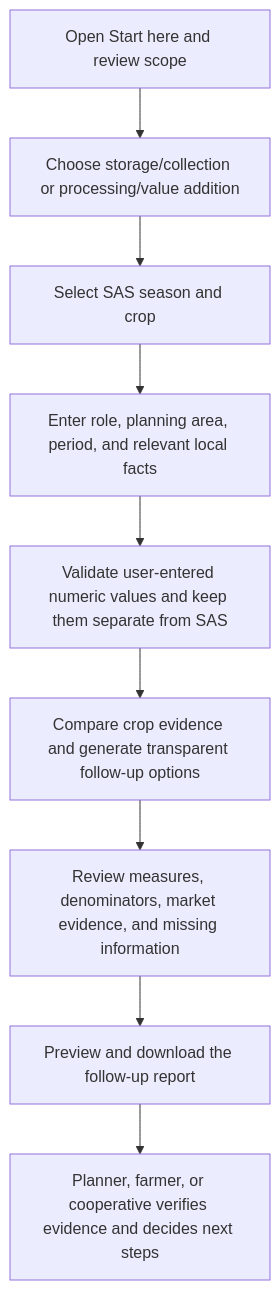
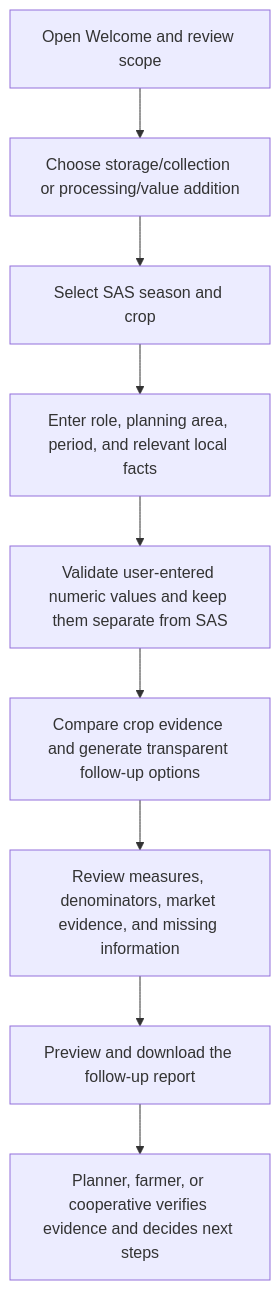
The diagram in docs/user-workflow.md (cracker38/AgriLoss-Value-Intelligence-Rwanda), drawn with Mermaid before and after one commit. The commit also changed other lines of this file and 3 other files, not shown here.

````diff
--- a/docs/user-workflow.md
+++ b/docs/user-workflow.md
@@ -5,11 +5,11 @@
 ```mermaid
 flowchart TD
-    A[Open Start here and review scope] --> B[Choose storage/collection or processing/value addition]
+    A[Open Welcome and review scope] --> B[Choose storage/collection or processing/value addition]
     B --> C[Select SAS season and crop]
     C --> D[Enter role, planning area, period, and relevant local facts]
     D --> E[Validate user-entered numeric values and keep them separate from SAS]
     E --> F[Compare crop evidence and generate transparent follow-up options]
     F --> G[Review measures, denominators, market evidence, and missing information]
     G --> H[Preview and download the follow-up report]
     H --> I[Planner, farmer, or cooperative verifies evidence and decides next steps]
 ```
````
